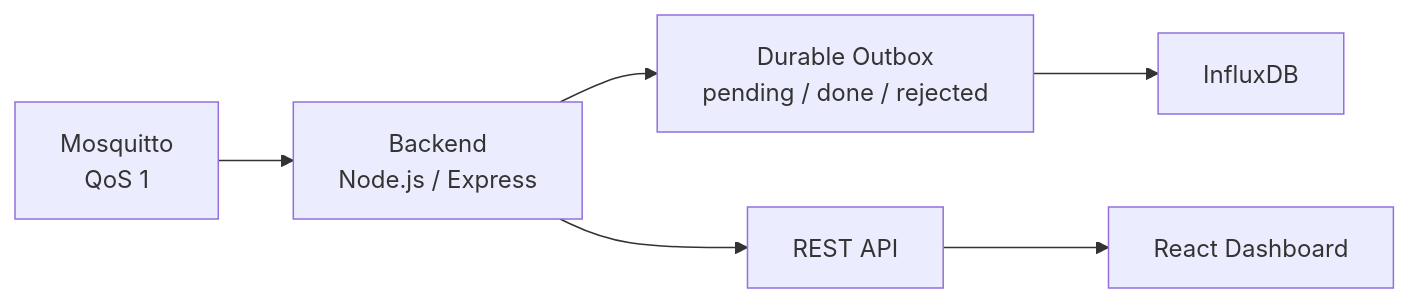
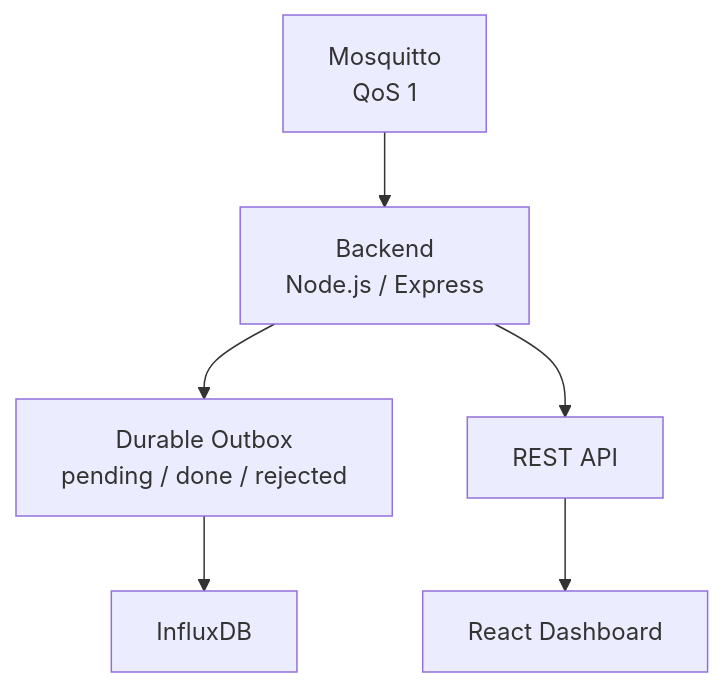
Before and after one commit to haikevins/iot-system: the first of 3 diagrams in backend/README.md, drawn with Mermaid. The commit also changed other lines of this file and 3 other files, not shown here.

````diff
--- a/backend/README.md
+++ b/backend/README.md
@@ -28,8 +28,8 @@
 ```mermaid
-flowchart LR
+flowchart TB
     MQ["Mosquitto<br/>QoS 1"] --> BE["Backend<br/>Node.js / Express"]
     BE --> DISK["Durable Outbox<br/>pending / done / rejected"]
     DISK --> DB["InfluxDB"]
     BE --> API["REST API"]
     API --> UI["React Dashboard"]
 ```
````
